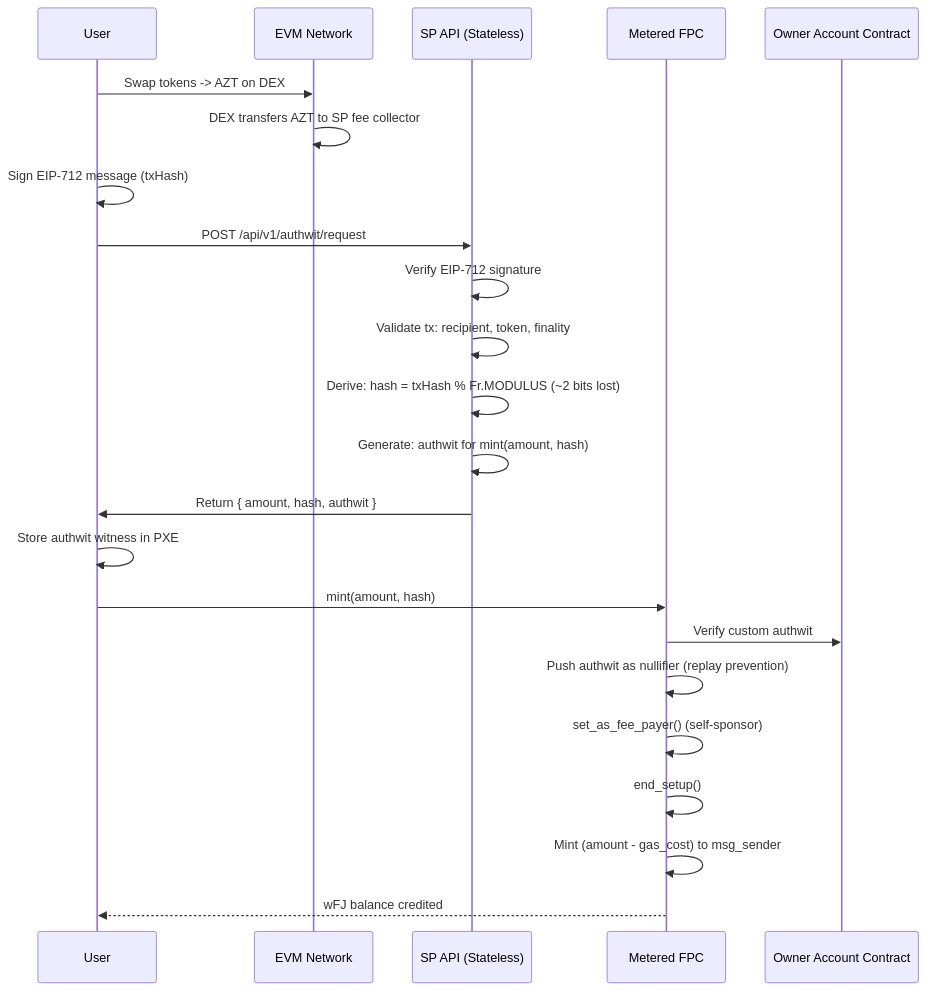
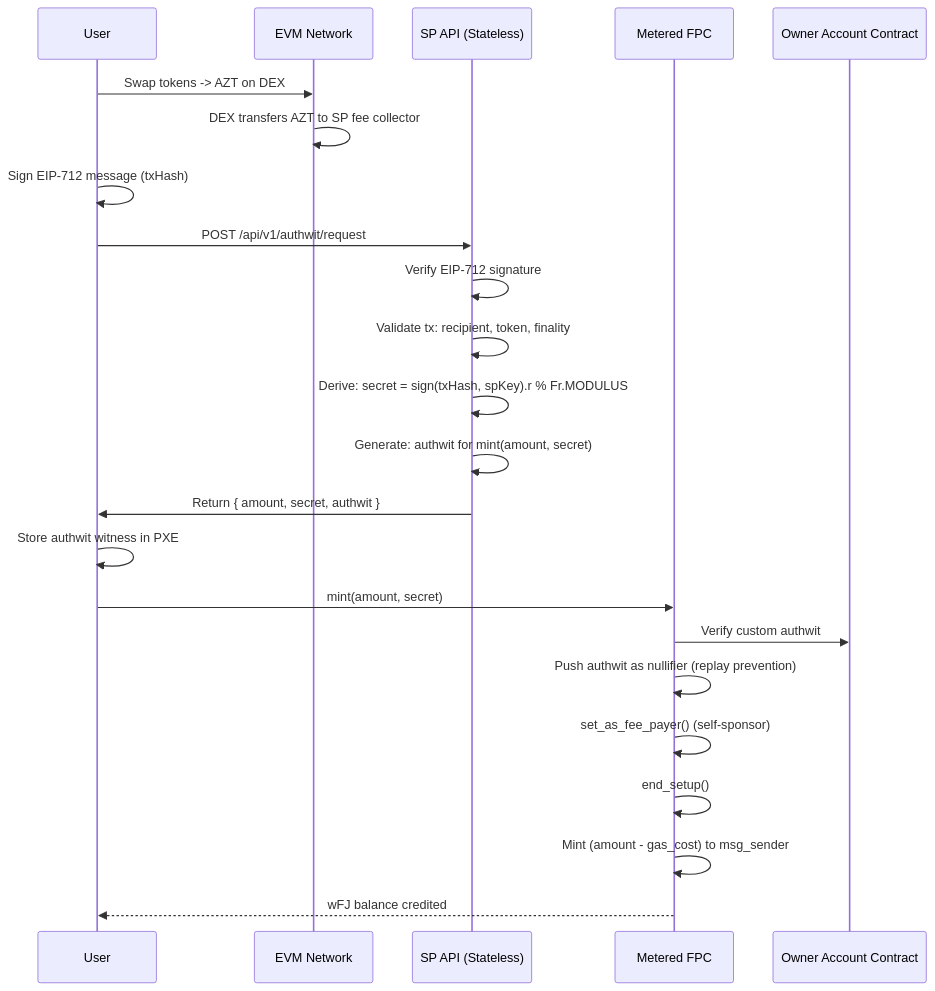
The third of 3 diagrams in docs/Fee Payment Contract (FPC) — Product Requirements.md (defi-wonderland/aztec-fee-payment), drawn with Mermaid before and after one commit. The commit also changed other lines of this file and 10 other files, not shown here.

````diff
--- a/docs/Fee Payment Contract (FPC) — Product Requirements.md
+++ b/docs/Fee Payment Contract (FPC) — Product Requirements.md
@@ -518,28 +522,28 @@
 ```mermaid
 sequenceDiagram
     participant User
     participant EVM as EVM Network
     participant API as SP API (Stateless)
     participant FPC as Metered FPC
     participant OAC as Owner Account Contract
 
     User->>EVM: Swap tokens -> AZT on DEX
     EVM->>EVM: DEX transfers AZT to SP fee collector
     User->>User: Sign EIP-712 message (txHash)
     User->>API: POST /api/v1/authwit/request
 
     API->>API: Verify EIP-712 signature
     API->>API: Validate tx: recipient, token, finality
-    API->>API: Derive: hash = txHash % Fr.MODULUS (~2 bits lost)
-    API->>API: Generate: authwit for mint(amount, hash)
-    API->>User: Return { amount, hash, authwit }
+    API->>API: Derive: secret = sign(txHash, spKey).r % Fr.MODULUS
+    API->>API: Generate: authwit for mint(amount, secret)
+    API->>User: Return { amount, secret, authwit }
 
     User->>User: Store authwit witness in PXE
-    User->>FPC: mint(amount, hash)
+    User->>FPC: mint(amount, secret)
     FPC->>OAC: Verify custom authwit
     FPC->>FPC: Push authwit as nullifier (replay prevention)
     FPC->>FPC: set_as_fee_payer() (self-sponsor)
     FPC->>FPC: end_setup()
     FPC->>FPC: Mint (amount - gas_cost) to msg_sender
     FPC-->>User: wFJ balance credited
 ```
````
